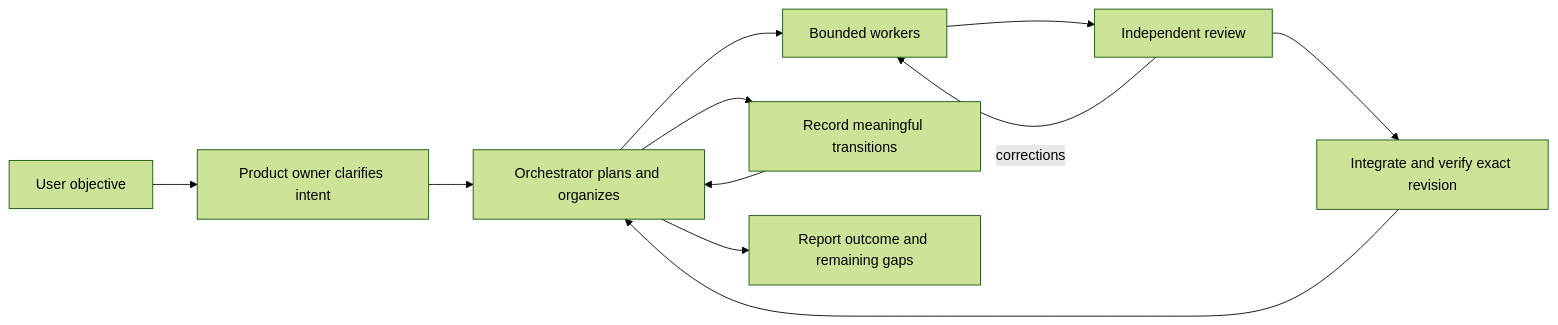
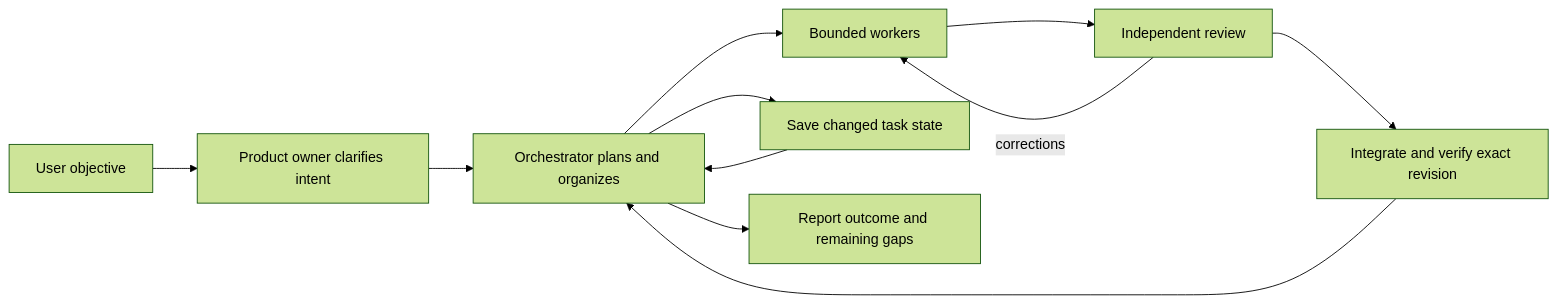
One commit to smartfrog/opencode-froggy changed the second of 5 diagrams in docs/orchestration.md. Above: the diagram before and after it, drawn with Mermaid (forest theme). The commit also changed other lines of this file and 9 other files, not shown here.

````diff
--- a/docs/orchestration.md
+++ b/docs/orchestration.md
@@ -83,13 +87,13 @@
 ```mermaid
 flowchart LR
     U[User objective] --> P[Product owner clarifies intent]
     P --> O[Orchestrator plans and organizes]
     O --> W[Bounded workers]
     W --> R[Independent review]
     R -->|corrections| W
     R --> I[Integrate and verify exact revision]
     I --> O
-    O --> M[Record meaningful transitions]
-    M --> O
+    O --> T[Save changed task state]
+    T --> O
     O --> F[Report outcome and remaining gaps]
 ```
````
